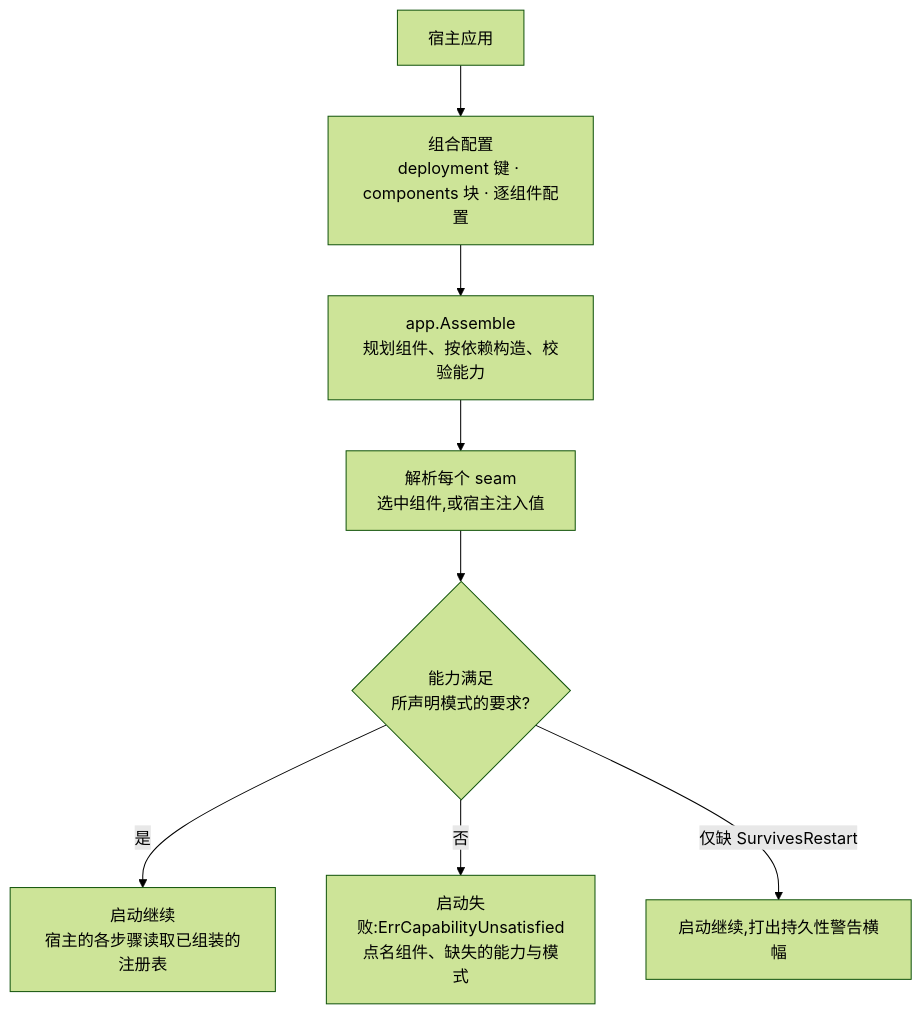
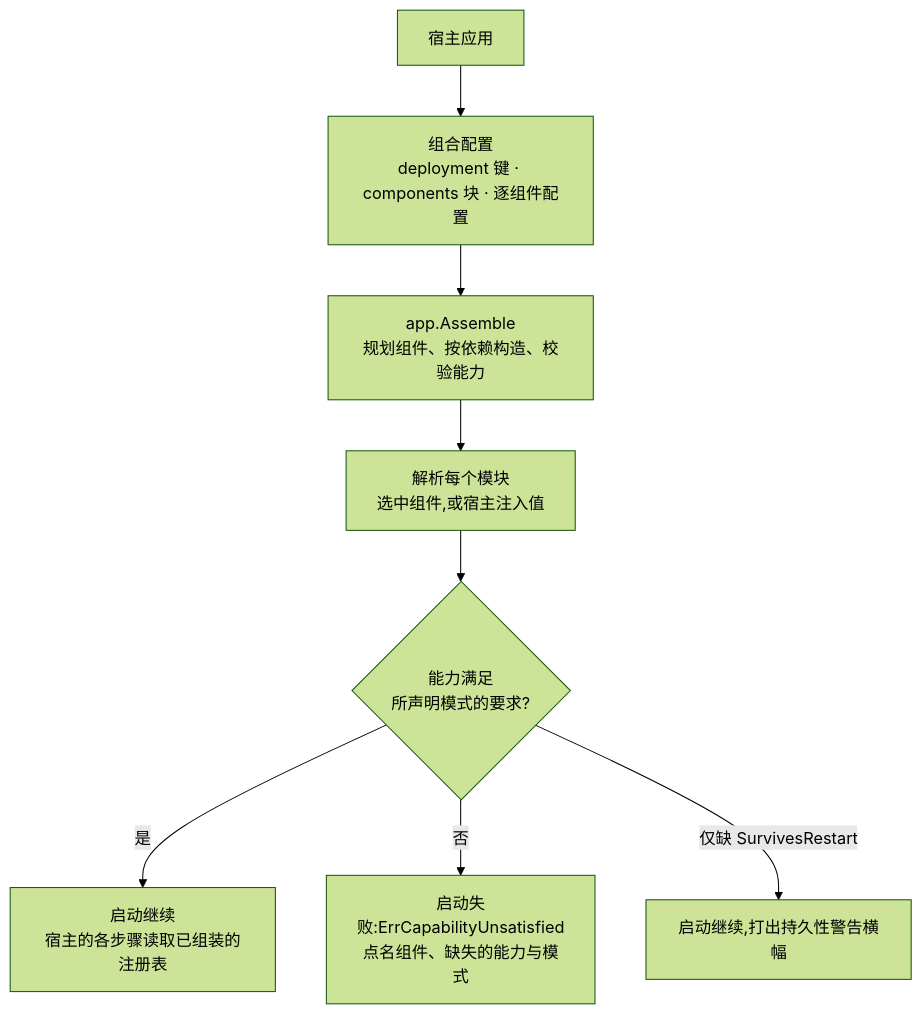
One commit to vislake/speed changed the diagram in docs/site/content.zh-cn/docs/developer-docs/modules/core/pkgcore.md. Above: the diagram before and after it, drawn with Mermaid (forest theme). The commit also changed other lines of this file and 71 other files, not shown here.

````diff
--- a/docs/site/content.zh-cn/docs/developer-docs/modules/core/pkgcore.md
+++ b/docs/site/content.zh-cn/docs/developer-docs/modules/core/pkgcore.md
@@ -37,10 +37,10 @@
 ```mermaid
 flowchart TD
     Host[宿主应用] --> Opts["组合配置<br/>deployment 键 · components 块 · 逐组件配置"]
     Opts --> Boot["app.Assemble<br/>规划组件、按依赖构造、校验能力"]
-    Boot --> Resolve["解析每个 seam<br/>选中组件,或宿主注入值"]
+    Boot --> Resolve["解析每个模块<br/>选中组件,或宿主注入值"]
     Resolve --> Check{"能力满足<br/>所声明模式的要求?"}
     Check -->|是| Run[启动继续<br/>宿主的各步骤读取已组装的注册表]
     Check -->|否| Fail["启动失败:ErrCapabilityUnsatisfied<br/>点名组件、缺失的能力与模式"]
     Check -->|"仅缺 SurvivesRestart"| Banner[启动继续,打出持久性警告横幅]
 ```
````
